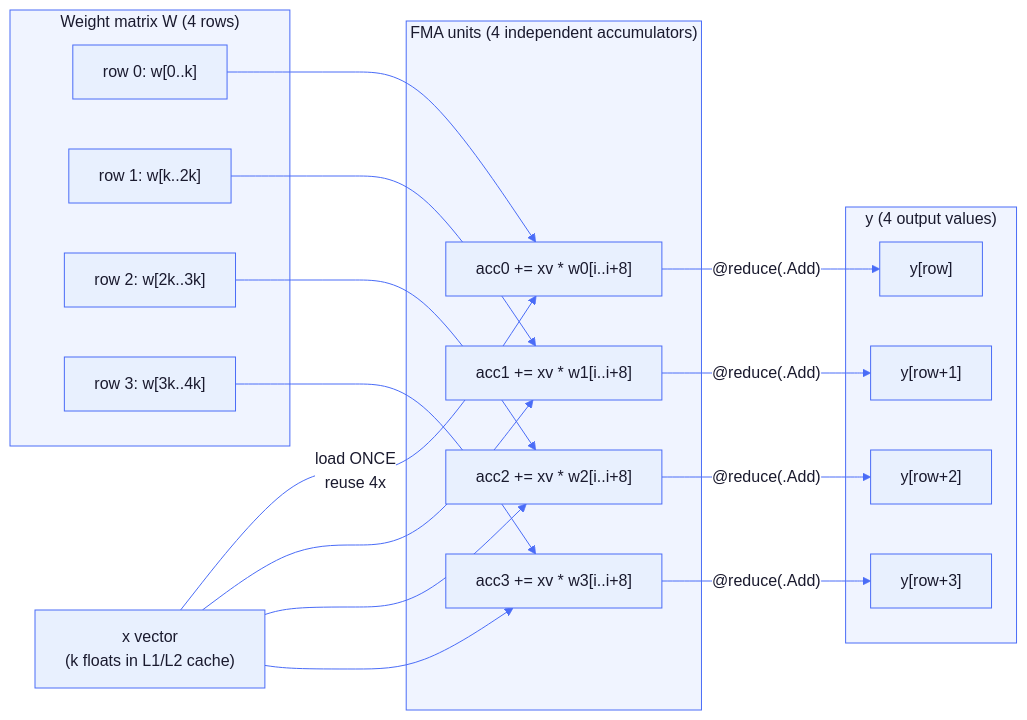
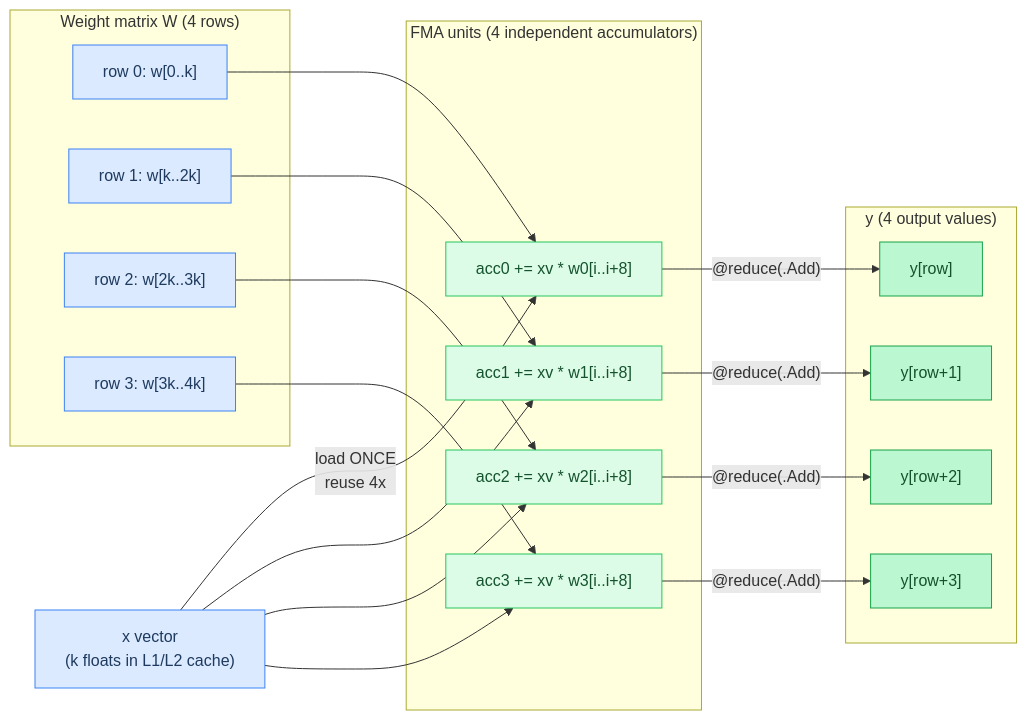
Before and after one commit to maci0/agave: the fourth of 8 diagrams in docs/tutorial/09-cpu-simd-optimization.md, drawn with Mermaid. The commit also changed other lines of this file and 24 other files, not shown here.

First line of the commit message:
docs: convert all mermaid diagrams to classDef semantic colors

````diff
--- a/docs/tutorial/09-cpu-simd-optimization.md
+++ b/docs/tutorial/09-cpu-simd-optimization.md
@@ -222,54 +217,47 @@
 ```mermaid
-%%{init: {'theme': 'base', 'themeVariables': {
-  'primaryColor': '#e8f0fe',
-  'primaryTextColor': '#1a1a2e',
-  'primaryBorderColor': '#4a6cf7',
-  'lineColor': '#4a6cf7',
-  'secondaryColor': '#f0f4ff',
-  'tertiaryColor': '#f8f9ff',
-  'edgeLabelBackground': '#ffffff',
-  'clusterBkg': '#f0f4ff',
-  'clusterBorder': '#4a6cf7',
-  'titleColor': '#1a1a2e',
-  'nodeTextColor': '#1a1a2e',
-  'fontFamily': 'ui-monospace, SFMono-Regular, monospace'
-}}}%%
 flowchart LR
-    x_mem["x vector\n(k floats in L1/L2 cache)"]
+    classDef setup     fill:#dbeafe,stroke:#3b82f6,color:#1e3a5f
+    classDef sync      fill:#dcfce7,stroke:#22c55e,color:#14532d
+    classDef migration fill:#fef9c3,stroke:#eab308,color:#713f12
+    classDef success   fill:#bbf7d0,stroke:#16a34a,color:#14532d
+    classDef danger    fill:#fee2e2,stroke:#ef4444,color:#7f1d1d
+    classDef optional  fill:#f3e8ff,stroke:#9333ea,color:#581c87
+
+    x_mem["x vector\n(k floats in L1/L2 cache)"]:::setup
 
     subgraph Weight["Weight matrix W (4 rows)"]
-        w0["row 0: w[0..k]"]
-        w1["row 1: w[k..2k]"]
-        w2["row 2: w[2k..3k]"]
-        w3["row 3: w[3k..4k]"]
+        w0["row 0: w[0..k]"]:::setup
+        w1["row 1: w[k..2k]"]:::setup
+        w2["row 2: w[2k..3k]"]:::setup
+        w3["row 3: w[3k..4k]"]:::setup
     end
 
     subgraph FMA["FMA units (4 independent accumulators)"]
-        acc0["acc0 += xv * w0[i..i+8]"]
-        acc1["acc1 += xv * w1[i..i+8]"]
-        acc2["acc2 += xv * w2[i..i+8]"]
-        acc3["acc3 += xv * w3[i..i+8]"]
+        acc0["acc0 += xv * w0[i..i+8]"]:::sync
+        acc1["acc1 += xv * w1[i..i+8]"]:::sync
+        acc2["acc2 += xv * w2[i..i+8]"]:::sync
+        acc3["acc3 += xv * w3[i..i+8]"]:::sync
     end
 
     subgraph Output["y (4 output values)"]
-        y0["y[row]"]
-        y1["y[row+1]"]
-        y2["y[row+2]"]
-        y3["y[row+3]"]
+        y0["y[row]"]:::success
+        y1["y[row+1]"]:::success
+        y2["y[row+2]"]:::success
+        y3["y[row+3]"]:::success
     end
 
     x_mem -- "load ONCE\nreuse 4x" --> acc0
     x_mem --> acc1
     x_mem --> acc2
     x_mem --> acc3
 
     w0 --> acc0
     w1 --> acc1
     w2 --> acc2
     w3 --> acc3
 
     acc0 -- "@reduce(.Add)" --> y0
     acc1 -- "@reduce(.Add)" --> y1
     acc2 -- "@reduce(.Add)" --> y2
     acc3 -- "@reduce(.Add)" --> y3
 ```
````
